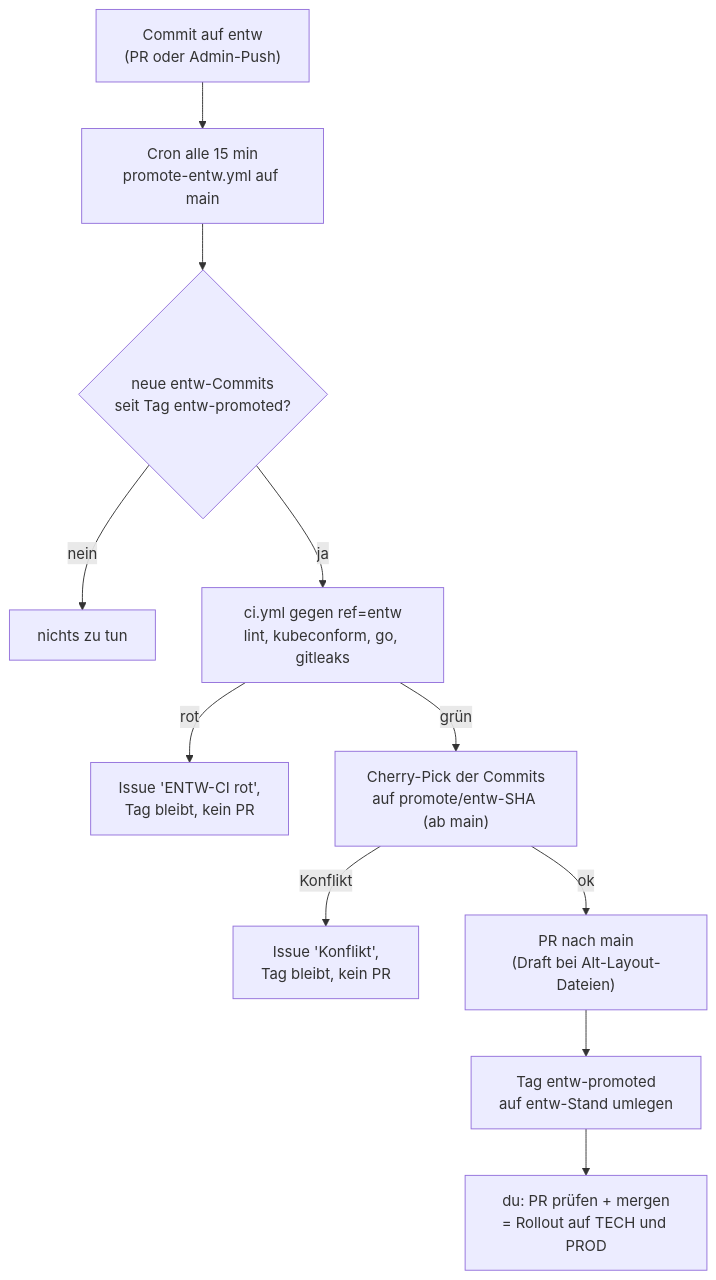
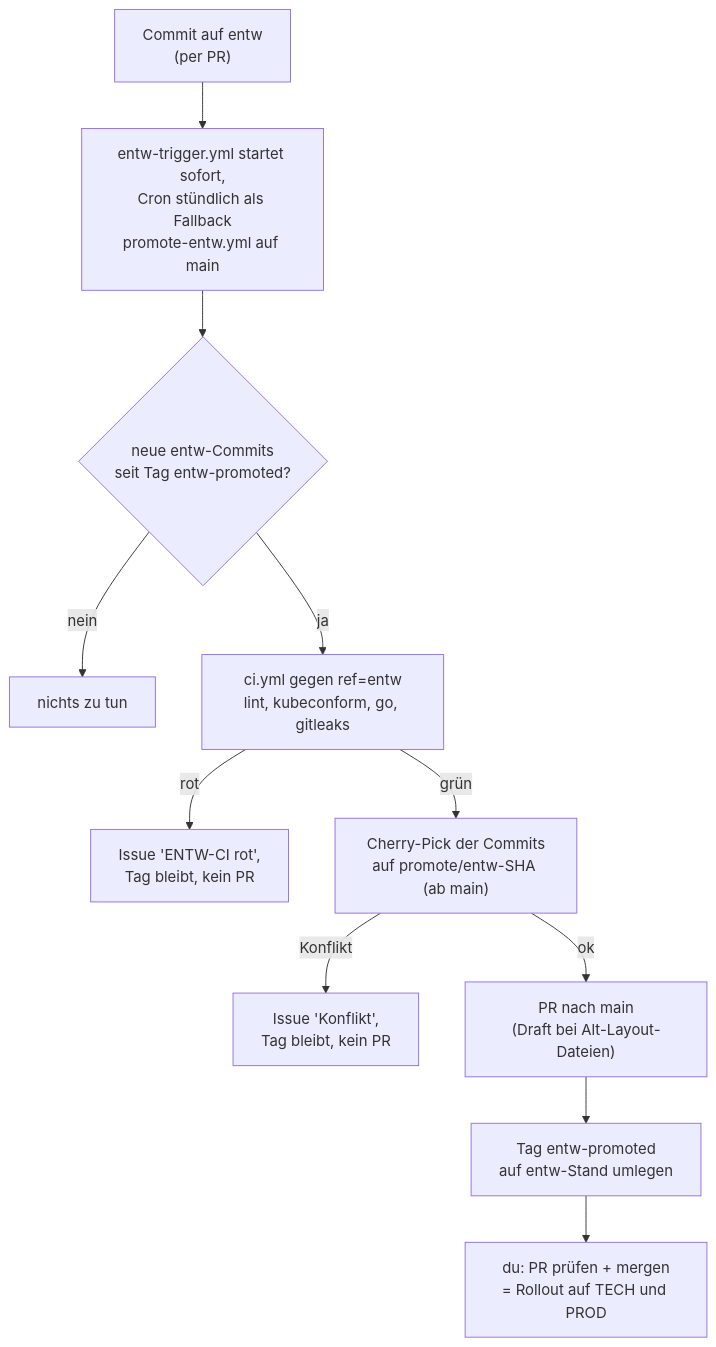
Before and after one commit to pkr-lab/capulus-core: the diagram in docs/f-cicd-automatisierung/f0080-entw-promotion.md, drawn with Mermaid. The commit also changed other lines of this file and 41 other files, not shown here.

````diff
--- a/docs/f-cicd-automatisierung/f0080-entw-promotion.md
+++ b/docs/f-cicd-automatisierung/f0080-entw-promotion.md
@@ -23,13 +24,13 @@
 ```mermaid
 flowchart TD
-    Push["Commit auf entw<br/>(PR oder Admin-Push)"] --> Cron["Cron alle 15 min<br/>promote-entw.yml auf main"]
+    Push["Commit auf entw<br/>(per PR)"] --> Cron["entw-trigger.yml startet sofort,<br/>Cron stündlich als Fallback<br/>promote-entw.yml auf main"]
     Cron --> Detect{"neue entw-Commits<br/>seit Tag entw-promoted?"}
     Detect -->|nein| Ende["nichts zu tun"]
     Detect -->|ja| CI["ci.yml gegen ref=entw<br/>lint, kubeconform, go, gitleaks"]
     CI -->|rot| Issue["Issue 'ENTW-CI rot',<br/>Tag bleibt, kein PR"]
     CI -->|grün| Pick["Cherry-Pick der Commits<br/>auf promote/entw-SHA (ab main)"]
     Pick -->|Konflikt| Issue2["Issue 'Konflikt',<br/>Tag bleibt, kein PR"]
     Pick -->|ok| PR["PR nach main<br/>(Draft bei Alt-Layout-Dateien)"]
     PR --> Tag["Tag entw-promoted<br/>auf entw-Stand umlegen"]
     Tag --> Merge["du: PR prüfen + mergen<br/>= Rollout auf TECH und PROD"]
 ```
````
